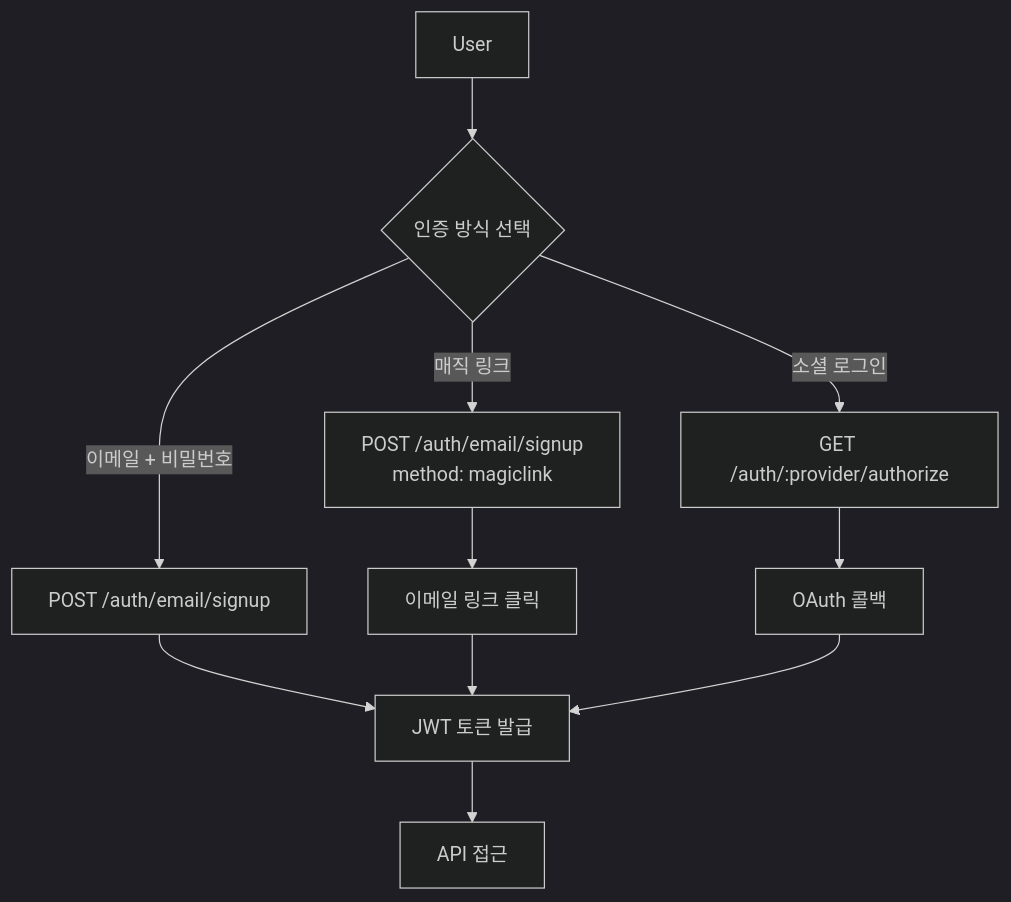
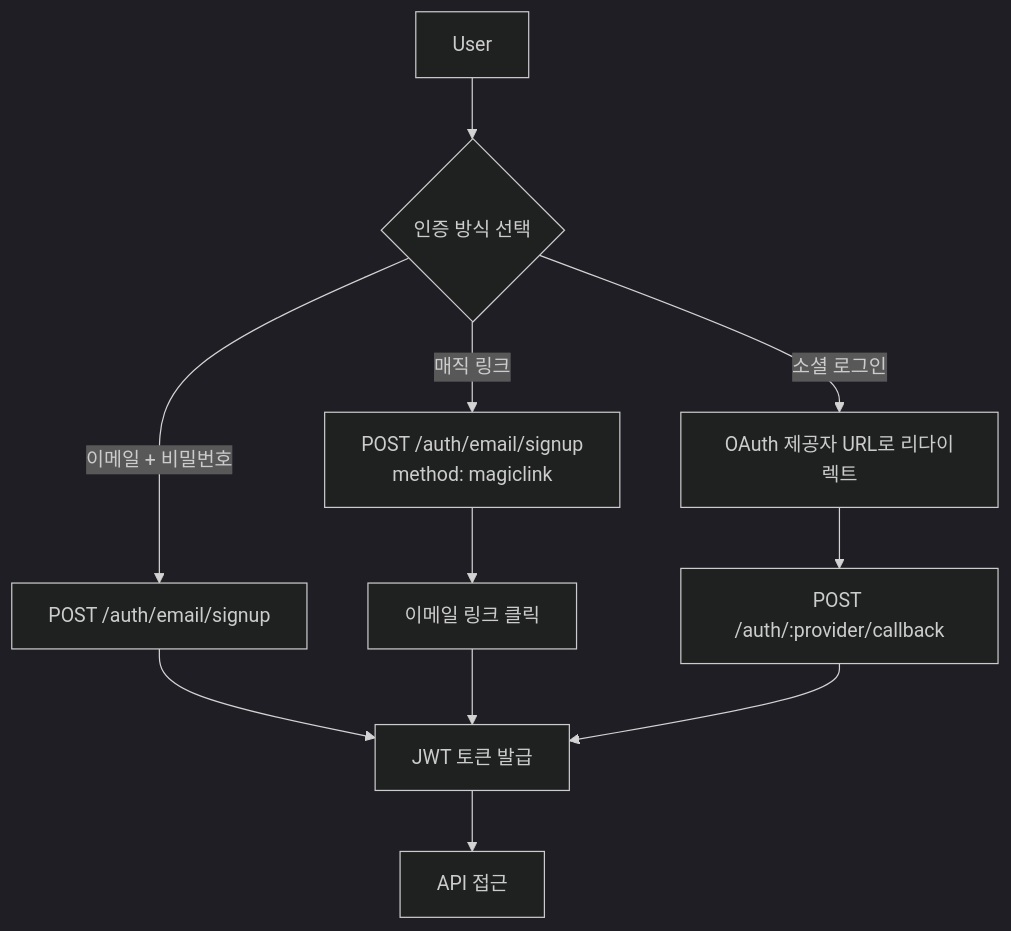
The diagram in ko/authentication/01-overview.md (popup-studio-ai/bkend-docs), drawn with Mermaid (dark theme) before and after one commit. The commit also changed other lines of this file and 105 other files, not shown here.

````diff
--- a/ko/authentication/01-overview.md
+++ b/ko/authentication/01-overview.md
@@ -28,13 +28,13 @@
 ```mermaid
 flowchart TD
     A[User] --> B{인증 방식 선택}
     B -->|이메일 + 비밀번호| C[POST /auth/email/signup]
     B -->|매직 링크| D[POST /auth/email/signup<br>method: magiclink]
-    B -->|소셜 로그인| E[GET /auth/:provider/authorize]
+    B -->|소셜 로그인| E[OAuth 제공자 URL로 리다이렉트]
     C --> F[JWT 토큰 발급]
     D --> G[이메일 링크 클릭]
     G --> F
-    E --> H[OAuth 콜백]
+    E --> H[POST /auth/:provider/callback]
     H --> F
     F --> I[API 접근]
 ```
````
